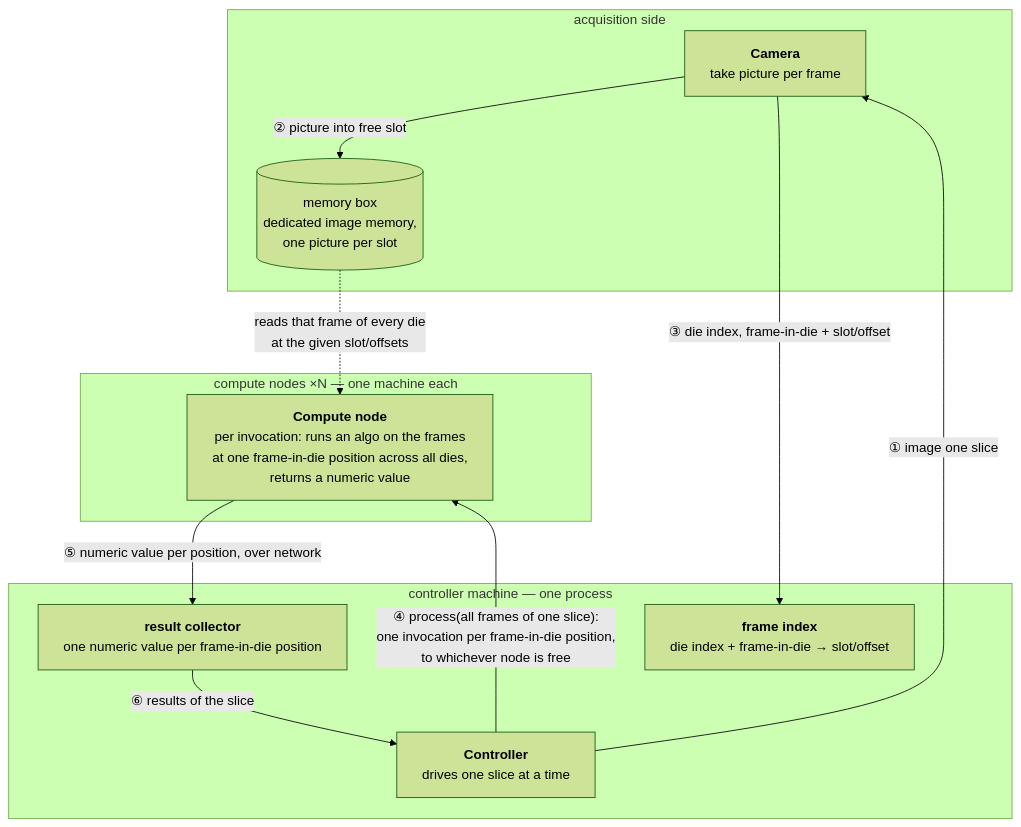
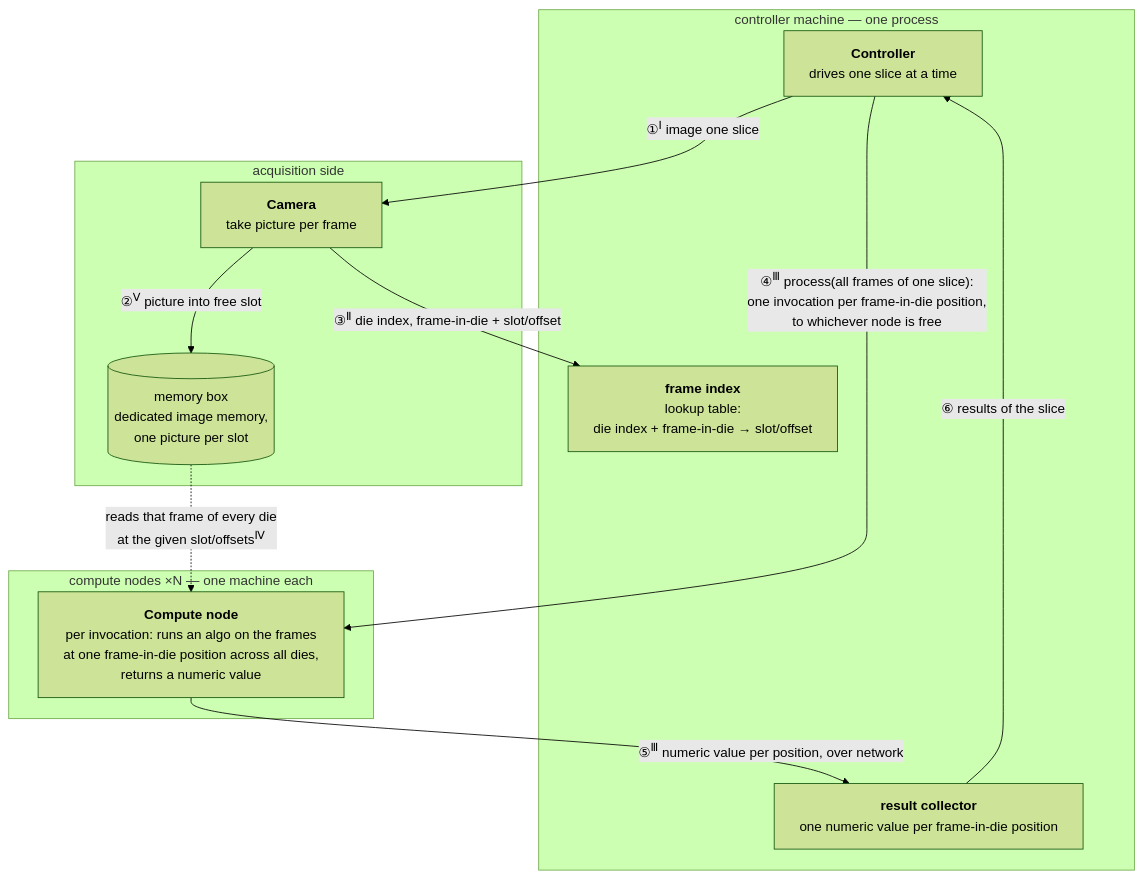
The first of 2 diagrams in README.md (erancha/algorithm-controller), drawn with Mermaid (forest theme) before and after one commit. The commit also changed other lines of this file, not shown here.

````diff
--- a/README.md
+++ b/README.md
@@ -47,23 +54,23 @@
 ```mermaid
 %%{init: {"flowchart": {"wrappingWidth": 400}}}%%
 flowchart TB
+    subgraph CTRLM[controller machine — one process]
+        CTRL[<b>Controller</b><br/>drives one slice at a time]
+        IDX[<b>frame index</b><br/>lookup table:<br/>die index + frame-in-die → slot/offset]
+        AGG[<b>result collector</b><br/>one numeric value per frame-in-die position]
+    end
     subgraph ACQ[acquisition side]
         CAM[<b>Camera</b><br/>take picture per frame]
         MB[(memory box<br/>dedicated image memory,<br/>one picture per slot)]
-        CAM -- ②&nbsp;picture&nbsp;into&nbsp;free&nbsp;slot --> MB
-    end
-    subgraph CTRLM[controller machine — one process]
-        CTRL[<b>Controller</b><br/>drives one slice at a time]
-        IDX[<b>frame index</b><br/>die index + frame-in-die → slot/offset]
-        AGG[<b>result collector</b><br/>one numeric value per frame-in-die position]
+        CAM -- ②<sup>Ⅴ</sup>&nbsp;picture&nbsp;into&nbsp;free&nbsp;slot --> MB
     end
     subgraph NODES[compute nodes ×N — one machine each]
         CN[<b>Compute node</b><br/>per invocation: runs an algo on the frames<br/>at one frame-in-die position across all dies,<br/>returns a numeric value]
     end
-    CTRL -- ① image one slice --> CAM
-    CAM -- ③&nbsp;die&nbsp;index,&nbsp;frame#8209;in#8209;die&nbsp;+&nbsp;slot/offset --> IDX
-    CTRL -- "④&nbsp;process(all&nbsp;frames&nbsp;of&nbsp;one&nbsp;slice):<br/>one&nbsp;invocation&nbsp;per&nbsp;frame#8209;in#8209;die&nbsp;position,<br/>to&nbsp;whichever&nbsp;node&nbsp;is&nbsp;free" --> CN
-    MB -. reads&nbsp;that&nbsp;frame&nbsp;of&nbsp;every&nbsp;die<br/>at&nbsp;the&nbsp;given&nbsp;slot/offsets .-> CN
-    CN -- ⑤&nbsp;numeric&nbsp;value&nbsp;per&nbsp;position,&nbsp;over&nbsp;network --> AGG
+    CTRL -- ①<sup>Ⅰ</sup> image one slice --> CAM
+    CAM -- ③<sup>Ⅱ</sup>&nbsp;die&nbsp;index,&nbsp;frame#8209;in#8209;die&nbsp;+&nbsp;slot/offset --> IDX
+    CTRL -- "④<sup>Ⅲ</sup>&nbsp;process(all&nbsp;frames&nbsp;of&nbsp;one&nbsp;slice):<br/>one&nbsp;invocation&nbsp;per&nbsp;frame#8209;in#8209;die&nbsp;position,<br/>to&nbsp;whichever&nbsp;node&nbsp;is&nbsp;free" --> CN
+    MB -. reads&nbsp;that&nbsp;frame&nbsp;of&nbsp;every&nbsp;die<br/>at&nbsp;the&nbsp;given&nbsp;slot/offsets<sup>Ⅳ</sup> .-> CN
+    CN -- ⑤<sup>Ⅲ</sup>&nbsp;numeric&nbsp;value&nbsp;per&nbsp;position,&nbsp;over&nbsp;network --> AGG
     AGG -- ⑥ results of the slice --> CTRL
 ```
````
